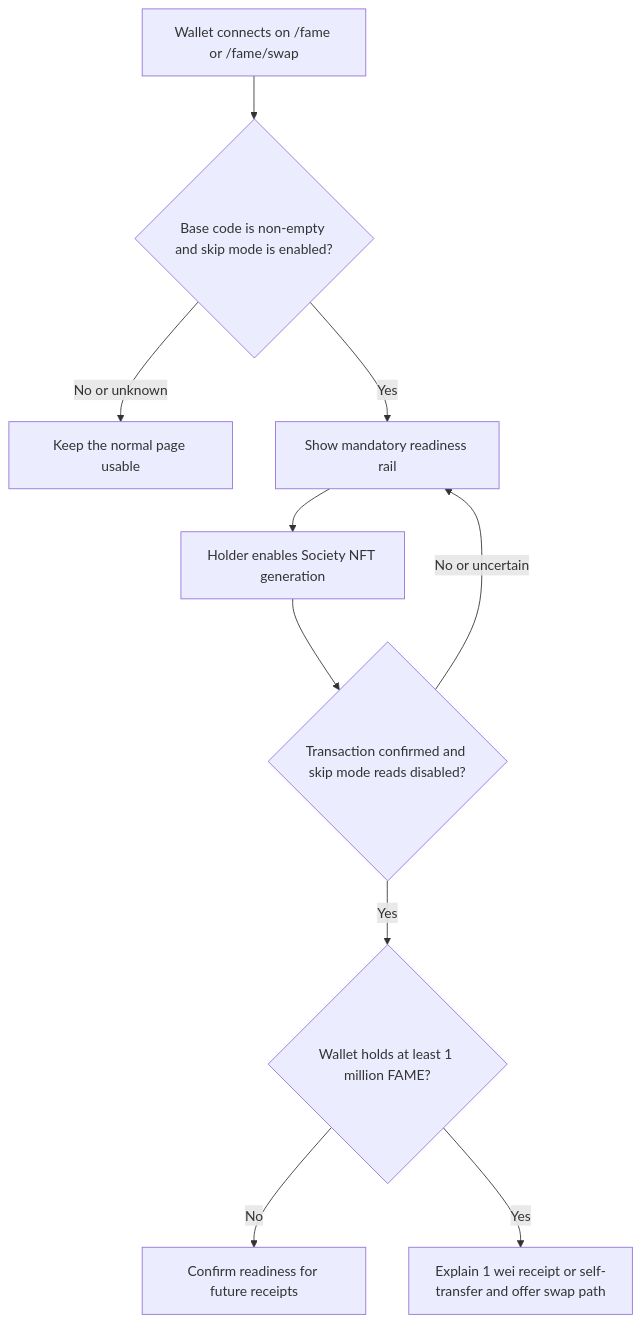
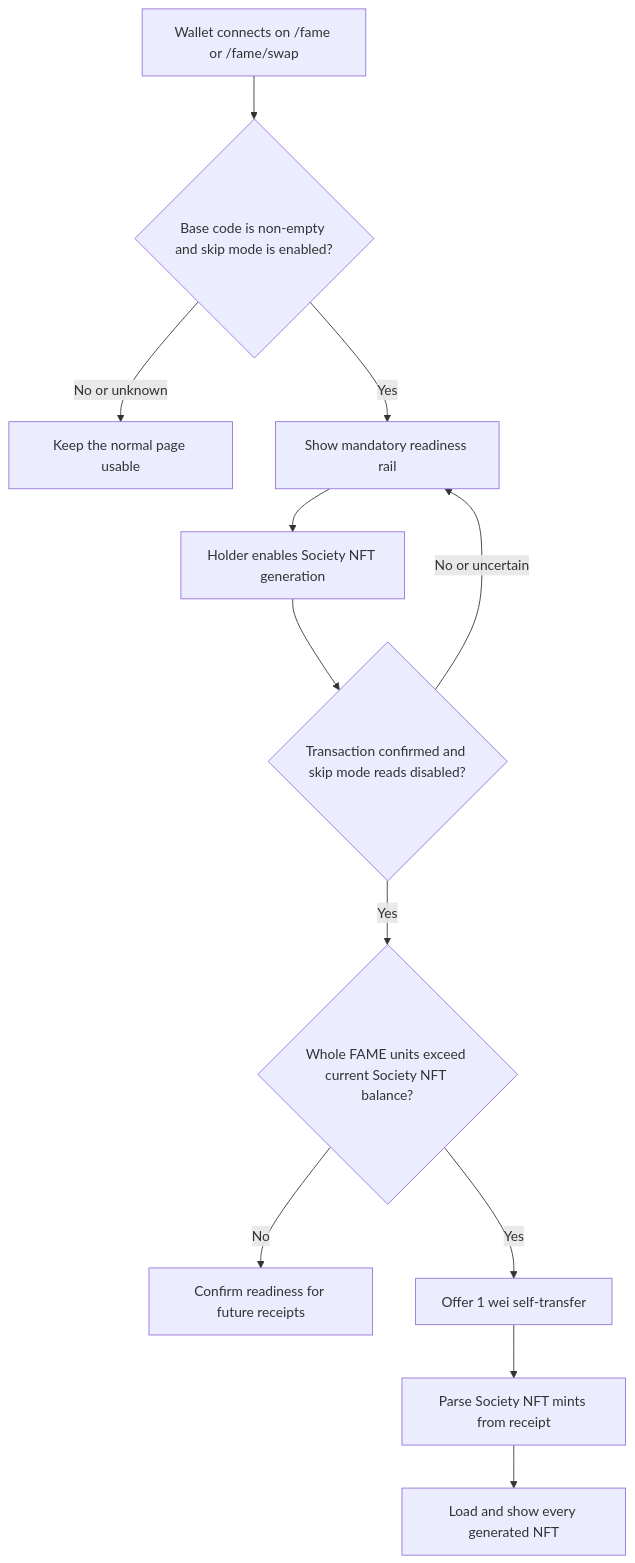
One commit to fame-lady-society/www changed the first of 3 diagrams in docs/plans/2026-07-15-001-feat-society-nft-readiness-repair-plan.md. Above: the diagram before and after it, drawn with Mermaid. The commit also changed other lines of this file and 9 other files, not shown here.

First line of the commit message:
feat(fame): complete Society NFT catch-up flow

````diff
--- a/docs/plans/2026-07-15-001-feat-society-nft-readiness-repair-plan.md
+++ b/docs/plans/2026-07-15-001-feat-society-nft-readiness-repair-plan.md
@@ -92,12 +101,14 @@
 ```mermaid
 flowchart TB
   A["Wallet connects on /fame or /fame/swap"] --> B{"Base code is non-empty and skip mode is enabled?"}
   B -->|"No or unknown"| C["Keep the normal page usable"]
   B -->|"Yes"| D["Show mandatory readiness rail"]
   D --> E["Holder enables Society NFT generation"]
   E --> F{"Transaction confirmed and skip mode reads disabled?"}
   F -->|"No or uncertain"| D
-  F -->|"Yes"| G{"Wallet holds at least 1 million FAME?"}
+  F -->|"Yes"| G{"Whole FAME units exceed current Society NFT balance?"}
   G -->|"No"| H["Confirm readiness for future receipts"]
-  G -->|"Yes"| I["Explain 1 wei receipt or self-transfer and offer swap path"]
+  G -->|"Yes"| I["Offer 1 wei self-transfer"]
+  I --> J["Parse Society NFT mints from receipt"]
+  J --> K["Load and show every generated NFT"]
 ```
````
